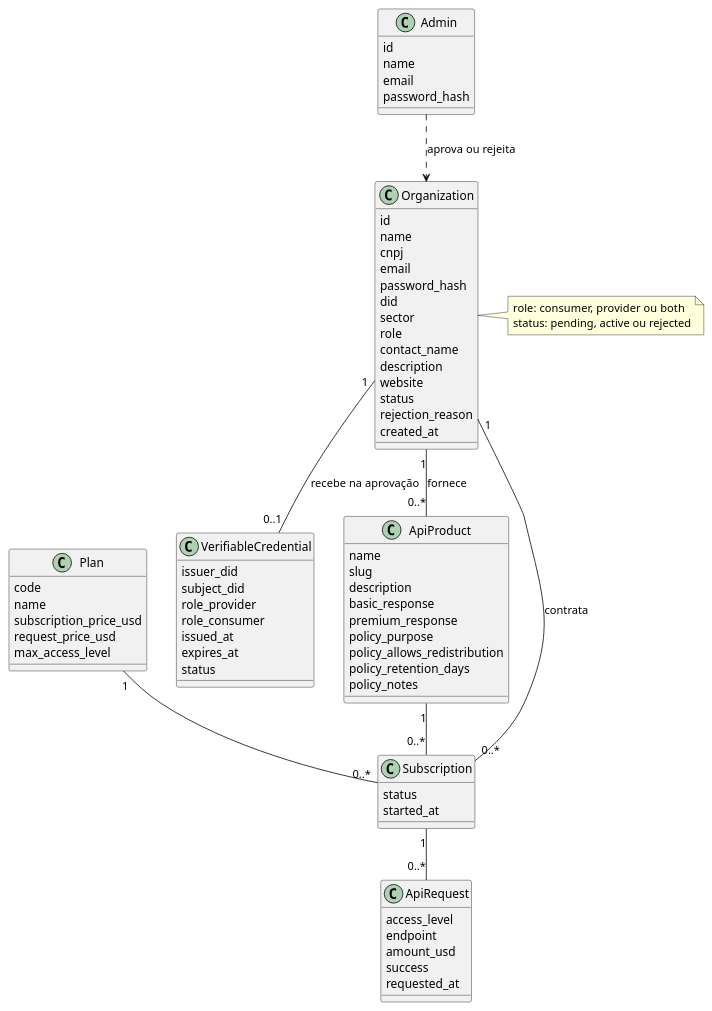
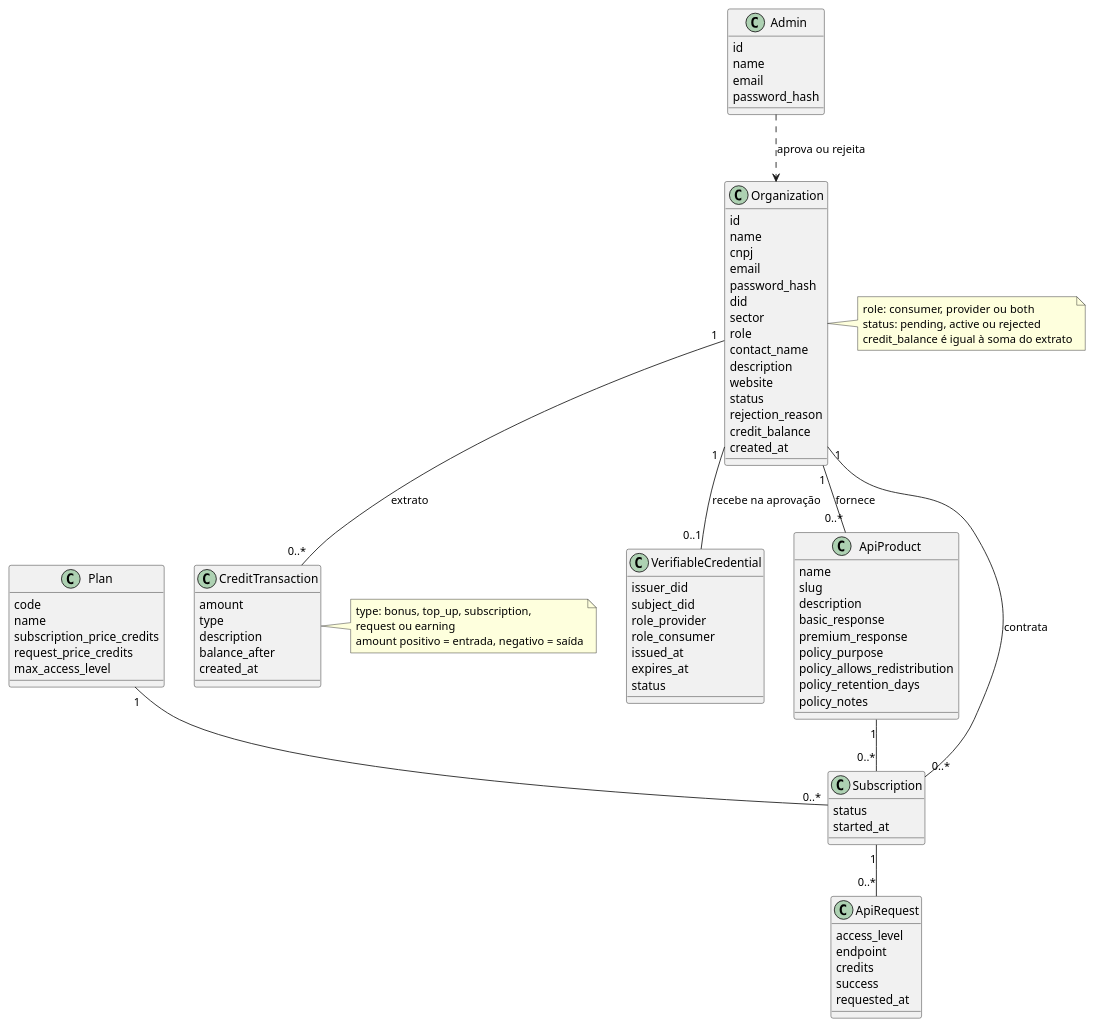
One commit to Pedro-Henrique-Assis/mvp-dataspaces changed the diagram in docs/uml/class.puml. Above: the diagram before and after it, drawn with PlantUML. The commit also changed 2 other files, not shown here.

Commit message:
docs: atualizar diagramas UML

```diff
--- a/docs/uml/class.puml
+++ b/docs/uml/class.puml
@@ -1,75 +1,91 @@
 @startuml
 class Organization {
   id
   name
   cnpj
   email
   password_hash
   did
   sector
   role
   contact_name
   description
   website
   status
   rejection_reason
+  credit_balance
   created_at
 }
 class Admin {
   id
   name
   email
   password_hash
 }
 class VerifiableCredential {
   issuer_did
   subject_did
   role_provider
   role_consumer
   issued_at
   expires_at
   status
 }
 class ApiProduct {
   name
   slug
   description
   basic_response
   premium_response
   policy_purpose
   policy_allows_redistribution
   policy_retention_days
   policy_notes
 }
 class Plan {
   code
   name
-  subscription_price_usd
-  request_price_usd
+  subscription_price_credits
+  request_price_credits
   max_access_level
+}
+class CreditTransaction {
+  amount
+  type
+  description
+  balance_after
+  created_at
 }
 class Subscription {
   status
   started_at
 }
 class ApiRequest {
   access_level
   endpoint
-  amount_usd
+  credits
   success
   requested_at
 }
 
 Organization "1" -- "0..1" VerifiableCredential : recebe na aprovação
 Organization "1" -- "0..*" ApiProduct : fornece
+Organization "1" -- "0..*" CreditTransaction : extrato
 Organization "1" -- "0..*" Subscription : contrata
 ApiProduct "1" -- "0..*" Subscription
 Plan "1" -- "0..*" Subscription
 Subscription "1" -- "0..*" ApiRequest
 Admin ..> Organization : aprova ou rejeita
 
 note right of Organization
   role: consumer, provider ou both
   status: pending, active ou rejected
+  credit_balance é igual à soma do extrato
+end note
+
+note right of CreditTransaction
+  type: bonus, top_up, subscription,
+  request ou earning
+  amount positivo = entrada, negativo = saída
 end note
 @enduml
```
